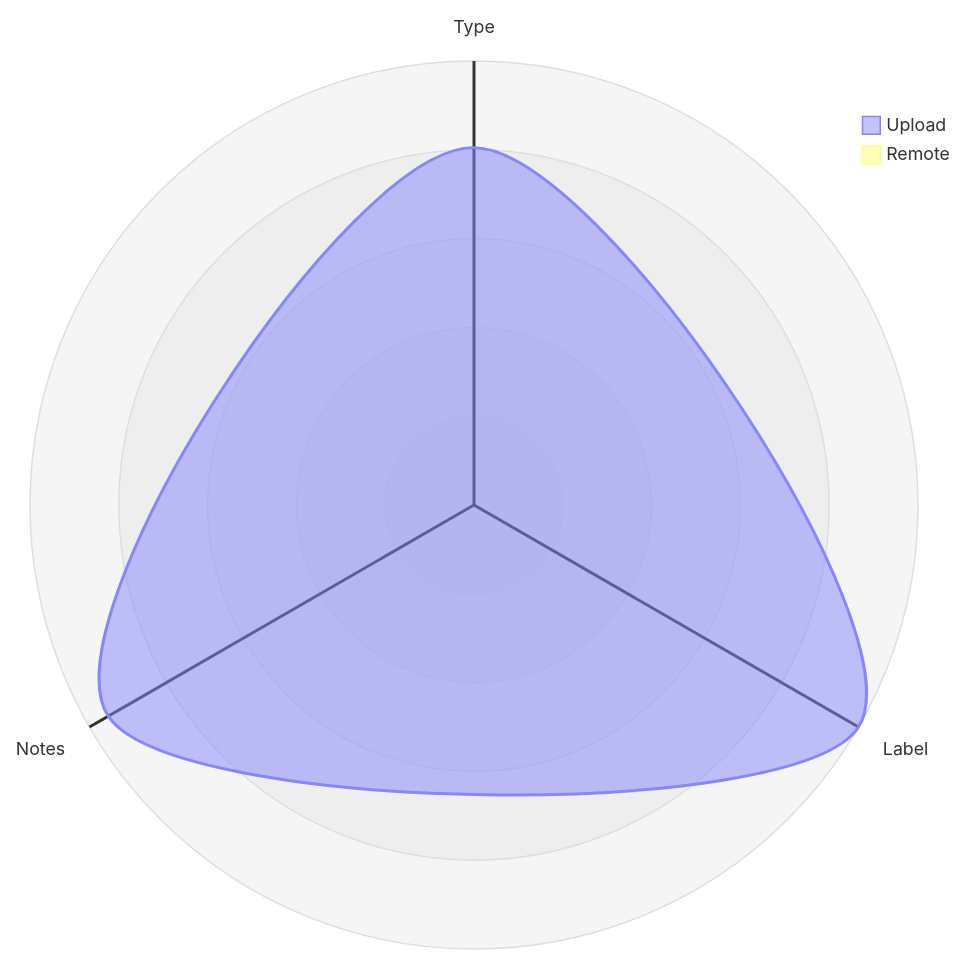
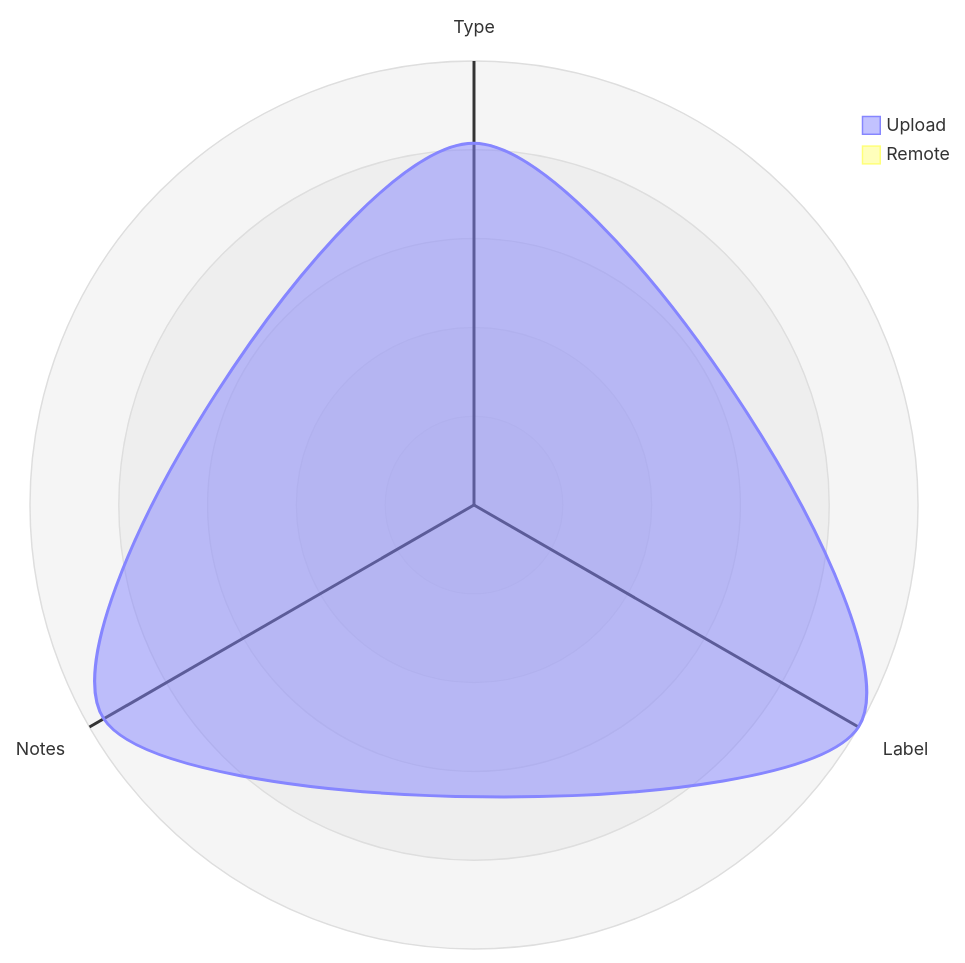
Before and after one commit to open-data/analytics-corporate-reporting: the third of 5 diagrams in datastore_tracker/README.md, drawn with Mermaid. The commit also changed other lines of this file and 9 other files, not shown here.

````diff
--- a/datastore_tracker/README.md
+++ b/datastore_tracker/README.md
@@ -104,12 +104,12 @@
 ```mermaid
 radar-beta
   axis T["Type"], L["Label"], N["Notes"]
-  curve u["Upload"]{0.00066, 0.00082, 0.00078}
+  curve u["Upload"]{0.00066, 0.00081, 0.00078}
   curve r["Remote"]{0, 0, 0}
 
   showLegend true
 
   min 0
   graticule circle
   ticks 5
 ```
````
